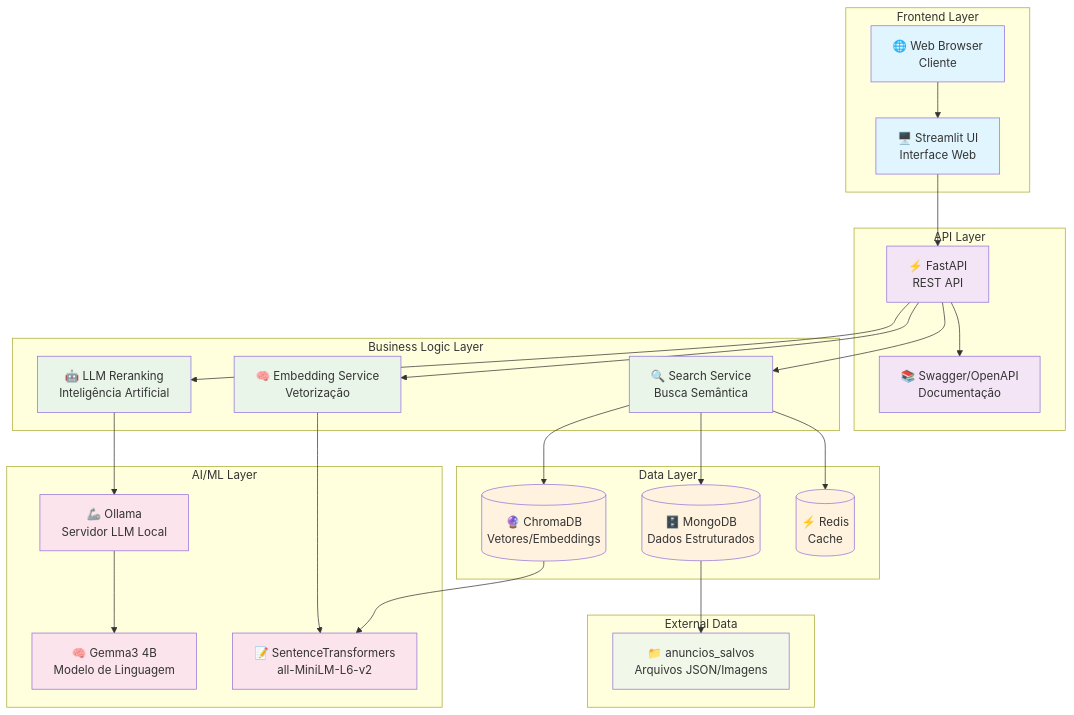
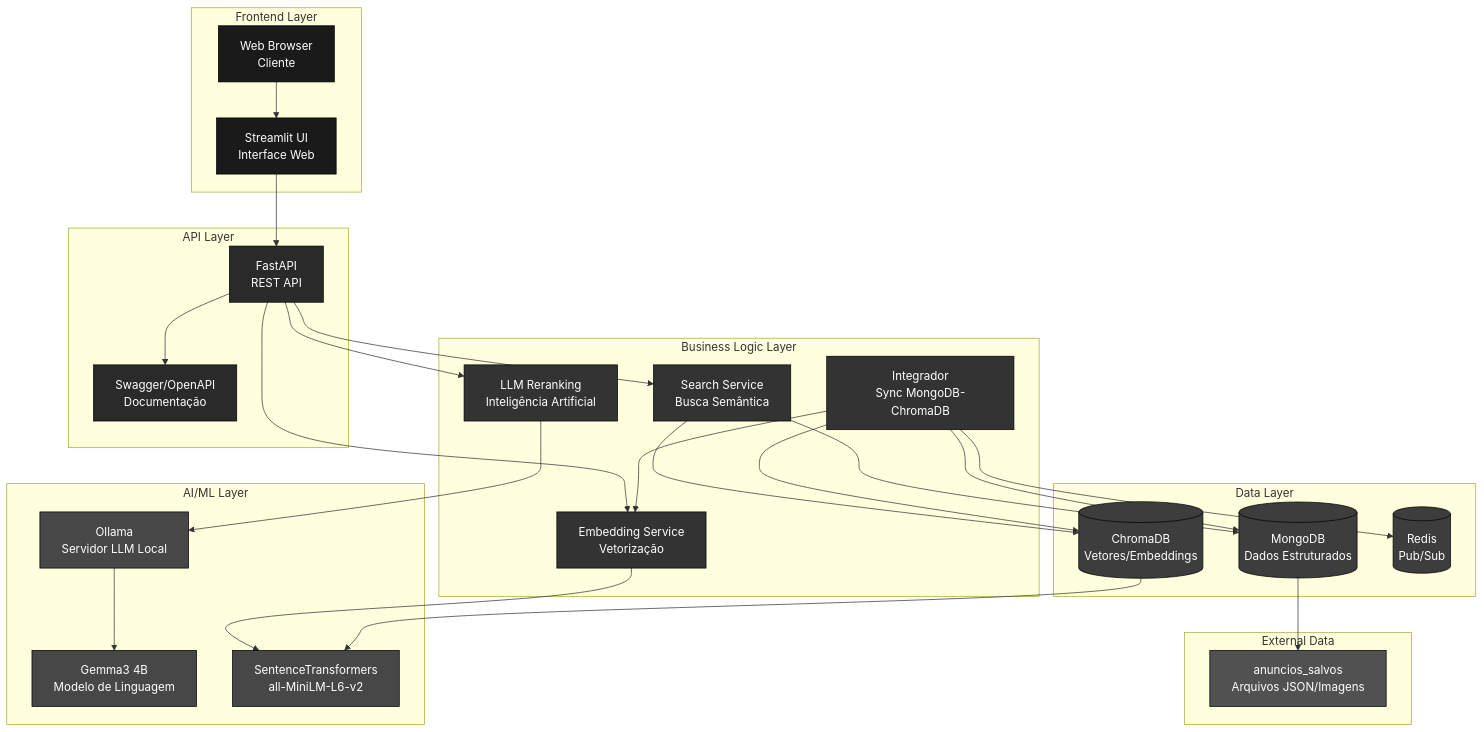
Before and after one commit to SPD-BES-2025-3/grupo1: the first of 10 diagrams in Diagramas/arquitetura.md, drawn with Mermaid. The commit also changed other lines of this file and 8 other files, not shown here.

````diff
--- a/Diagramas/arquitetura.md
+++ b/Diagramas/arquitetura.md
@@ -5,76 +10,81 @@
 ```mermaid
 graph TB
     %% Frontend Layer
     subgraph "Frontend Layer"
-        UI[🖥️ Streamlit UI<br/>Interface Web]
-        WEB[🌐 Web Browser<br/>Cliente]
+        UI[Streamlit UI<br/>Interface Web]
+        WEB[Web Browser<br/>Cliente]
     end
     
     %% API Layer
     subgraph "API Layer"
-        API[⚡ FastAPI<br/>REST API]
-        DOCS[📚 Swagger/OpenAPI<br/>Documentação]
+        API[FastAPI<br/>REST API]
+        DOCS[Swagger/OpenAPI<br/>Documentação]
     end
     
     %% Business Logic Layer
     subgraph "Business Logic Layer"
-        SEARCH[🔍 Search Service<br/>Busca Semântica]
-        RERANK[🤖 LLM Reranking<br/>Inteligência Artificial]
-        EMBED[🧠 Embedding Service<br/>Vetorização]
+        SEARCH[Search Service<br/>Busca Semântica]
+        RERANK[LLM Reranking<br/>Inteligência Artificial]
+        EMBED[Embedding Service<br/>Vetorização]
+        INTEGRADOR[Integrador<br/>Sync MongoDB-ChromaDB]
     end
     
     %% Data Layer
     subgraph "Data Layer"
-        MONGO[(🗄️ MongoDB<br/>Dados Estruturados)]
-        CHROMA[(🔮 ChromaDB<br/>Vetores/Embeddings)]
-        REDIS[(⚡ Redis<br/>Cache)]
+        MONGO[(MongoDB<br/>Dados Estruturados)]
+        CHROMA[(ChromaDB<br/>Vetores/Embeddings)]
+        REDIS[(Redis<br/>Pub/Sub)]
     end
     
     %% AI/ML Layer
     subgraph "AI/ML Layer"
-        OLLAMA[🦾 Ollama<br/>Servidor LLM Local]
-        GEMMA[🧠 Gemma3 4B<br/>Modelo de Linguagem]
-        SENTENCE[📝 SentenceTransformers<br/>all-MiniLM-L6-v2]
+        OLLAMA[Ollama<br/>Servidor LLM Local]
+        GEMMA[Gemma3 4B<br/>Modelo de Linguagem]
+        SENTENCE[SentenceTransformers<br/>all-MiniLM-L6-v2]
     end
     
     %% External Layer
     subgraph "External Data"
-        FILES[📁 anuncios_salvos<br/>Arquivos JSON/Imagens]
+        FILES[anuncios_salvos<br/>Arquivos JSON/Imagens]
     end
     
     %% Connections
     WEB --> UI
     UI --> API
     API --> DOCS
     
     API --> SEARCH
     API --> RERANK
     API --> EMBED
     
     SEARCH --> CHROMA
     SEARCH --> MONGO
-    SEARCH --> REDIS
     
     RERANK --> OLLAMA
     EMBED --> SENTENCE
+    
+    INTEGRADOR --> REDIS
+    INTEGRADOR --> MONGO
+    INTEGRADOR --> CHROMA
+    INTEGRADOR --> EMBED
     
     OLLAMA --> GEMMA
     
     MONGO --> FILES
     CHROMA --> SENTENCE
     
     %% Styling
-    classDef frontend fill:#e1f5fe
-    classDef api fill:#f3e5f5
-    classDef business fill:#e8f5e8
-    classDef data fill:#fff3e0
-    classDef ai fill:#fce4ec
-    classDef external fill:#f1f8e9
+    classDef frontend fill:#1a1a1a,stroke:#000,color:#fff
+    classDef api fill:#2a2a2a,stroke:#000,color:#fff
+    classDef business fill:#333333,stroke:#000,color:#fff
+    classDef data fill:#3d3d3d,stroke:#000,color:#fff
+    classDef ai fill:#474747,stroke:#000,color:#fff
+    classDef external fill:#515151,stroke:#000,color:#fff
     
     class UI,WEB frontend
     class API,DOCS api
-    class SEARCH,RERANK,EMBED business
+    class SEARCH,RERANK,EMBED,INTEGRADOR business
     class MONGO,CHROMA,REDIS data
     class OLLAMA,GEMMA,SENTENCE ai
     class FILES external
 ```
````
